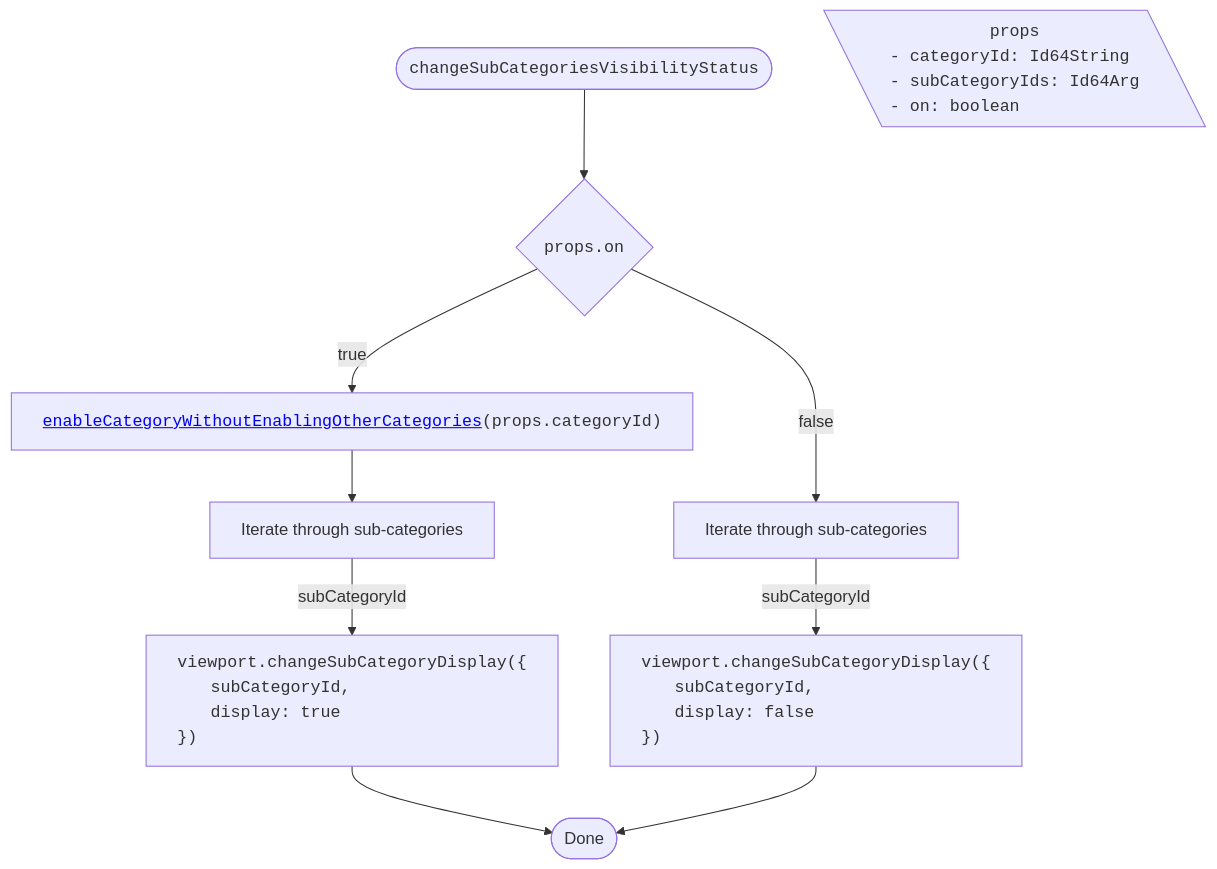
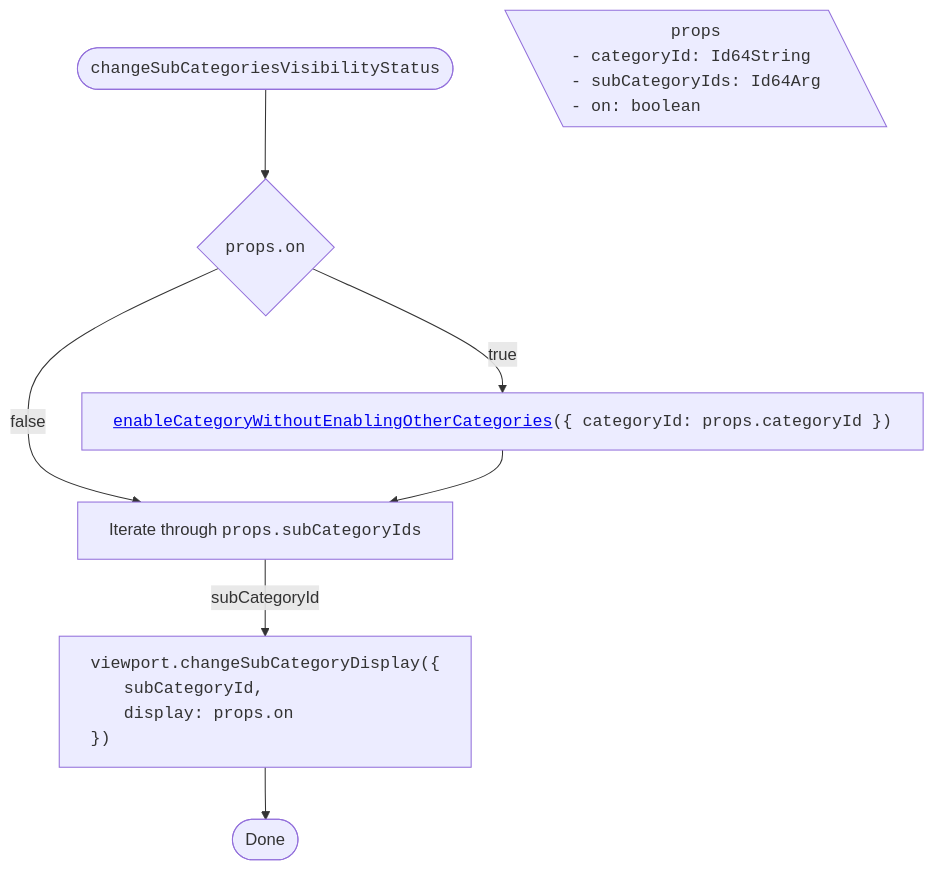
The fourth of 6 diagrams in packages/itwin/tree-widget/docs/CategoriesTreeVisibilityHandling.md (iTwin/viewer-components-react), drawn with Mermaid before and after one commit. The commit also changed other lines of this file and 4 other files, not shown here.

Commit message:
[Tree widget]: update mermaid diagrams on `next`

````diff
--- a/packages/itwin/tree-widget/docs/CategoriesTreeVisibilityHandling.md
+++ b/packages/itwin/tree-widget/docs/CategoriesTreeVisibilityHandling.md
@@ -98,37 +153,28 @@
 ```mermaid
 ---
 config:
   flowchart:
     wrappingWidth: 750
     useMaxWidth: false
 ---
 
 flowchart TD
   RESULT_Done([Done])
 
   %% Start
   TITLE(["<span style='font-family: monospace;'>changeSubCategoriesVisibilityStatus</span>"]) --> A{"<span style='font-family: monospace;'>props.on</span>"}
 
   PROPS[\"
     <span style='font-family: monospace;'>props</span>
     <span style='display: block; text-align: left; font-family: monospace;'>- categoryId: Id64String<br/>- subCategoryIds: Id64Arg<br/>- on: boolean</span>
   "\]
 
-  %% Branch on=true
-  A -- true --> B["<span style='font-family: monospace;'><a href='#enablecategorywithoutenablingothercategories'>enableCategoryWithoutEnablingOtherCategories</a>(props.categoryId)</span>"]
-  B --> C["Iterate through sub-categories"]
-  C -- subCategoryId --> C1["<div style='text-align: left; font-family: monospace;'>viewport.changeSubCategoryDisplay({
+  A -- true --> B["<span style='font-family: monospace;'><a href='#enablecategorywithoutenablingothercategories'>enableCategoryWithoutEnablingOtherCategories</a>({ categoryId: props.categoryId })</span>"]
+  A -- false --> C["Iterate through <span style='font-family: monospace;'>props.subCategoryIds</span>"]
+  B --> C
+  C -- subCategoryId --> D["<div style='text-align: left; font-family: monospace;'>viewport.changeSubCategoryDisplay({
     <span style='padding-left: 2rem;'>subCategoryId,</span>
-    <span style='padding-left: 2rem;'>display: true</span>
+    <span style='padding-left: 2rem;'>display: props.on</span>
     })</div>"]
-
-  %% Branch on=false
-  A -- false --> D["Iterate through sub-categories"]
-  D -- subCategoryId --> D1["<div style='text-align: left; font-family: monospace;'>viewport.changeSubCategoryDisplay({
-    <span style='padding-left: 2rem;'>subCategoryId,</span>
-    <span style='padding-left: 2rem;'>display: false</span>
-    })</div>"]
-
-  C1 --> RESULT_Done
-  D1 --> RESULT_Done
+  D --> RESULT_Done
 ```
````
